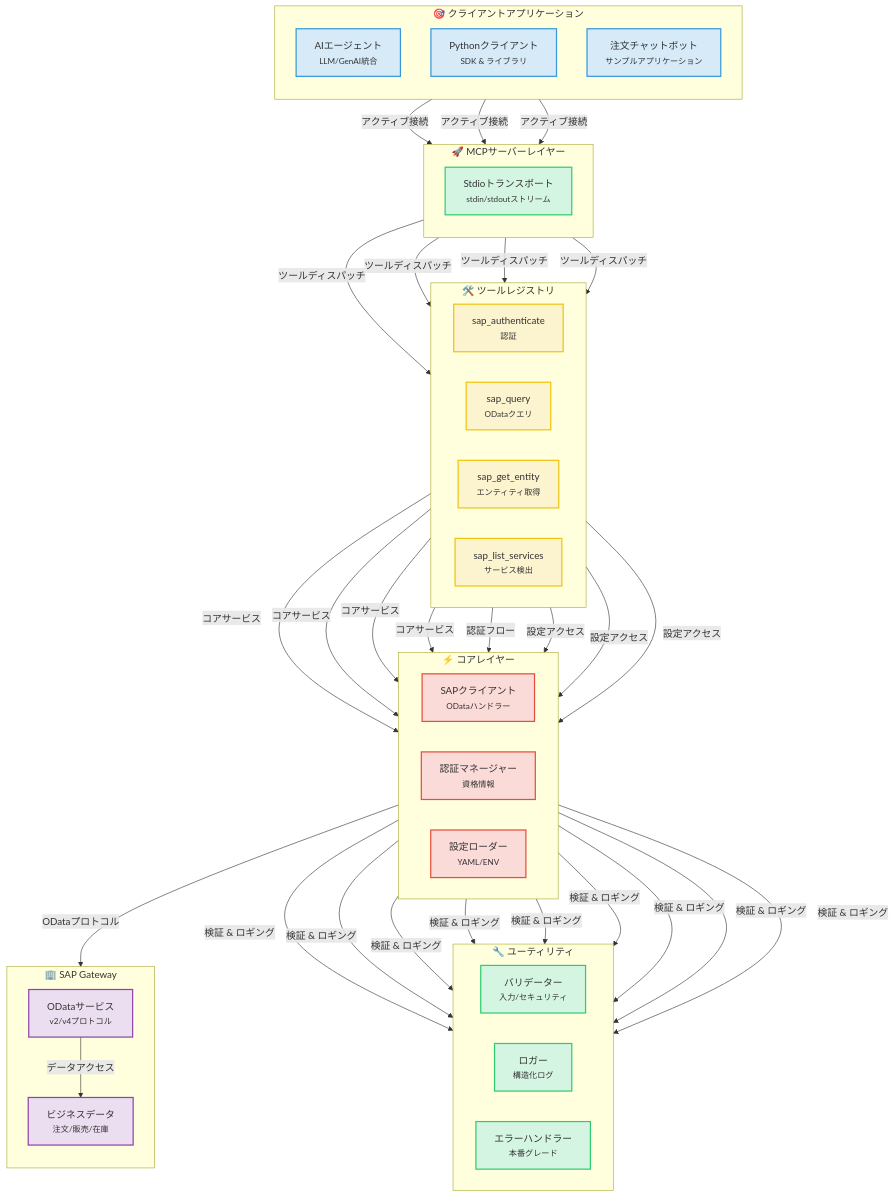
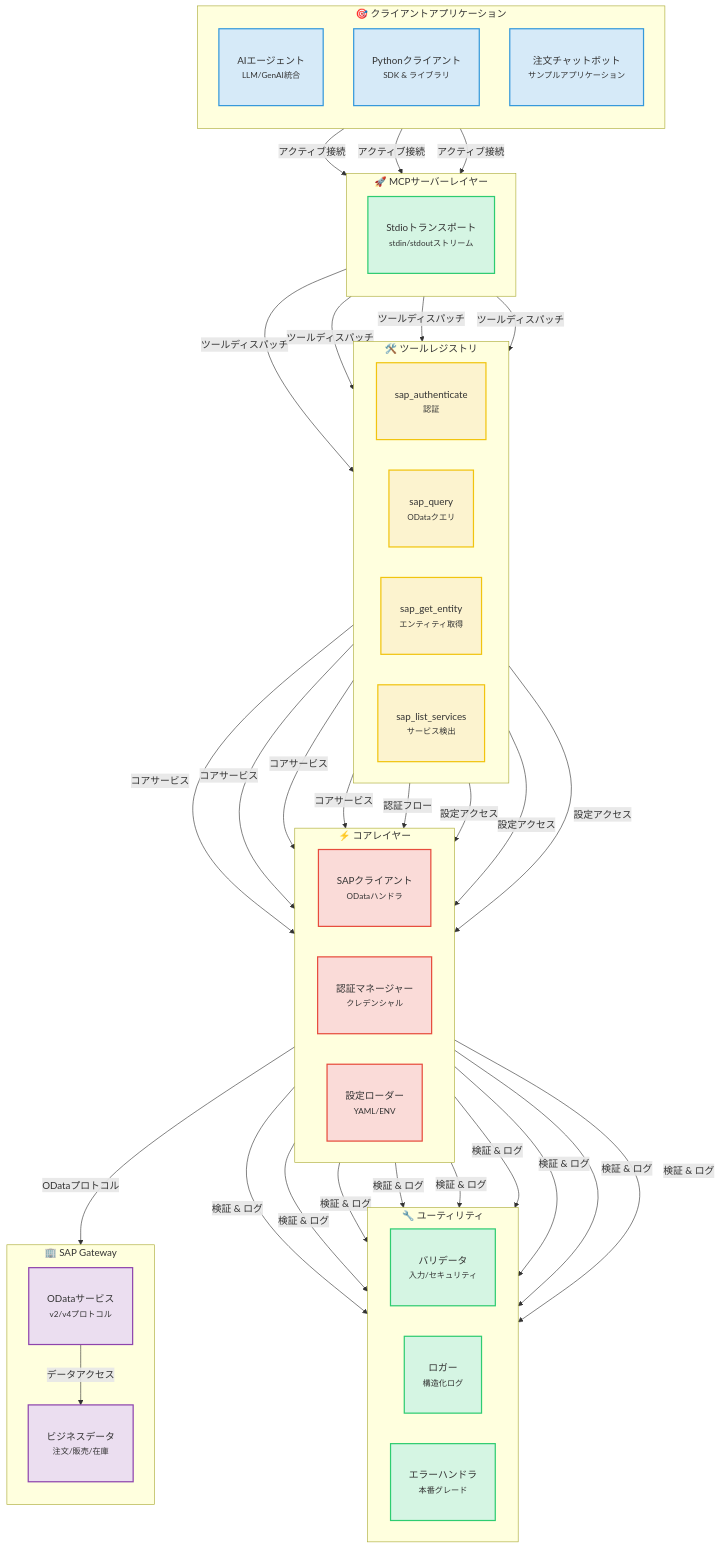
The first of 5 diagrams in README.ja.md (midasol/sap-mcp-server), drawn with Mermaid before and after one commit. The commit also changed other lines of this file and 2 other files, not shown here.

````diff
--- a/README.ja.md
+++ b/README.ja.md
@@ -38,66 +41,66 @@
 ```mermaid
 graph TB
     subgraph clients["🎯 クライアントアプリケーション"]
         direction TB
         A1["AIエージェント<br/><small>LLM/GenAI統合</small>"]
         A2["Pythonクライアント<br/><small>SDK & ライブラリ</small>"]
         A3["注文チャットボット<br/><small>サンプルアプリケーション</small>"]
     end
 
     subgraph transport["🚀 MCPサーバーレイヤー"]
         direction TB
         B1["Stdioトランスポート<br/><small>stdin/stdoutストリーム</small>"]
     end
 
     subgraph registry["🛠️ ツールレジストリ"]
         direction LR
         C1["sap_authenticate<br/><small>認証</small>"]
         C2["sap_query<br/><small>ODataクエリ</small>"]
         C3["sap_get_entity<br/><small>エンティティ取得</small>"]
         C4["sap_list_services<br/><small>サービス検出</small>"]
     end
 
     subgraph core["⚡ コアレイヤー"]
         direction LR
-        D1["SAPクライアント<br/><small>ODataハンドラー</small>"]
-        D2["認証マネージャー<br/><small>資格情報</small>"]
+        D1["SAPクライアント<br/><small>ODataハンドラ</small>"]
+        D2["認証マネージャー<br/><small>クレデンシャル</small>"]
         D3["設定ローダー<br/><small>YAML/ENV</small>"]
     end
 
     subgraph utils["🔧 ユーティリティ"]
         direction LR
-        E1["バリデーター<br/><small>入力/セキュリティ</small>"]
+        E1["バリデータ<br/><small>入力/セキュリティ</small>"]
         E2["ロガー<br/><small>構造化ログ</small>"]
-        E3["エラーハンドラー<br/><small>本番グレード</small>"]
+        E3["エラーハンドラ<br/><small>本番グレード</small>"]
     end
 
     subgraph sap["🏢 SAP Gateway"]
         direction TB
         F1["ODataサービス<br/><small>v2/v4プロトコル</small>"]
         F2["ビジネスデータ<br/><small>注文/販売/在庫</small>"]
     end
 
     A1 & A2 & A3 -->|アクティブ接続| B1
     B1 -->|ツールディスパッチ| C1 & C2 & C3 & C4
     C1 & C2 & C3 & C4 -->|コアサービス| D1
     C1 -->|認証フロー| D2
     C2 & C3 & C4 -->|設定アクセス| D3
-    D1 & D2 & D3 -->|検証 & ロギング| E1 & E2 & E3
+    D1 & D2 & D3 -->|検証 & ログ| E1 & E2 & E3
     D1 -->|ODataプロトコル| F1
     F1 -->|データアクセス| F2
 
-    classDef clientNode fill:#D6EAF8,stroke:#3498DB,stroke-width:2px
-    classDef transportNode fill:#D5F5E3,stroke:#2ECC71,stroke-width:2px
+    classDef clientNode fill:#D6EAF8,stroke:#3498DB,stroke-width:2px,padding:20px
+    classDef transportNode fill:#D5F5E3,stroke:#2ECC71,stroke-width:2px,padding:20px
     classDef futureNode fill:#E8E8E8,stroke:#999999,stroke-width:2px,stroke-dasharray:5 5
-    classDef toolNode fill:#FCF3CF,stroke:#F1C40F,stroke-width:2px
-    classDef coreNode fill:#FADBD8,stroke:#E74C3C,stroke-width:2px
-    classDef utilNode fill:#D5F5E3,stroke:#2ECC71,stroke-width:2px
-    classDef sapNode fill:#EBDEF0,stroke:#8E44AD,stroke-width:2px
+    classDef toolNode fill:#FCF3CF,stroke:#F1C40F,stroke-width:2px,padding:20px
+    classDef coreNode fill:#FADBD8,stroke:#E74C3C,stroke-width:2px,padding:20px
+    classDef utilNode fill:#D5F5E3,stroke:#2ECC71,stroke-width:2px,padding:20px
+    classDef sapNode fill:#EBDEF0,stroke:#8E44AD,stroke-width:2px,padding:20px
 
     class A1,A2,A3 clientNode
     class B1 transportNode
     class C1,C2,C3,C4 toolNode
     class D1,D2,D3 coreNode
     class E1,E2,E3 utilNode
     class F1,F2 sapNode
 ```
````
